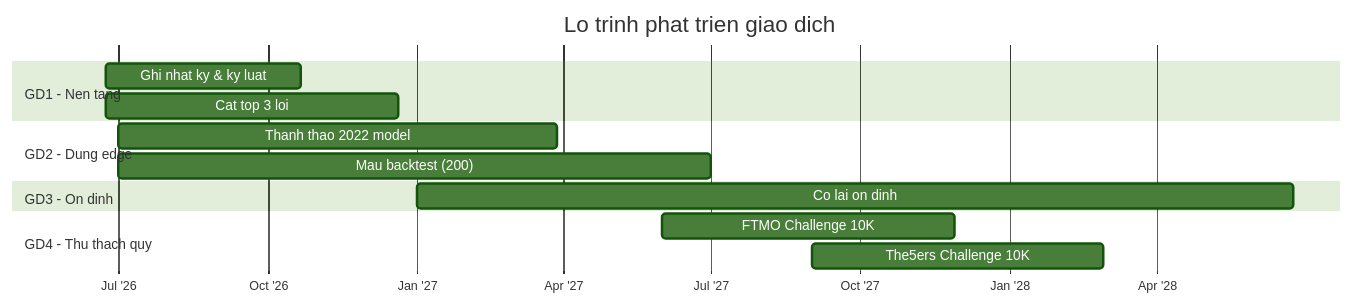
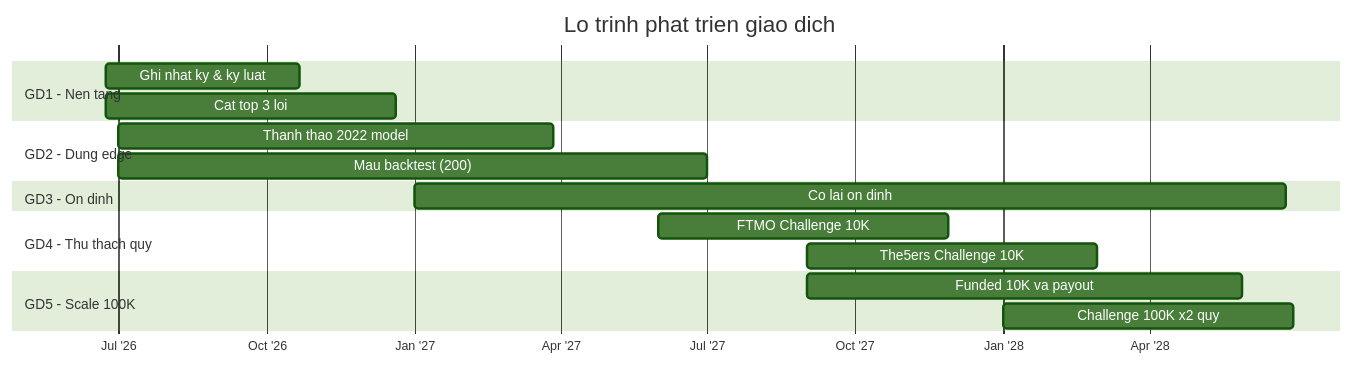
One commit to quockhangluong1012/trading-journal-notes changed the diagram in 09 - Goal Tracking/01 - Roadmap.md. Above: the diagram before and after it, drawn with Mermaid (forest theme). The commit also changed other lines of this file and 27 other files, not shown here.

First line of the commit message:
Add detailed roadmap for achieving funded trading accounts and long-term goals

````diff
--- a/09 - Goal Tracking/01 - Roadmap.md
+++ b/09 - Goal Tracking/01 - Roadmap.md
@@ -77,17 +92,20 @@
 ```mermaid
 gantt
     title Lo trinh phat trien giao dich
     dateFormat YYYY-MM-DD
     axisFormat %b '%y
     section GD1 - Nen tang
     Ghi nhat ky & ky luat   :a1, 2026-06-23, 120d
     Cat top 3 loi           :a2, 2026-06-23, 180d
     section GD2 - Dung edge
     Thanh thao 2022 model   :b1, 2026-07-01, 270d
     Mau backtest (200)      :b2, 2026-07-01, 365d
     section GD3 - On dinh
     Co lai on dinh          :c1, 2027-01-01, 540d
     section GD4 - Thu thach quy
     FTMO Challenge 10K      :d1, 2027-06-01, 180d
     The5ers Challenge 10K   :d2, 2027-09-01, 180d
+    section GD5 - Scale 100K
+    Funded 10K va payout    :e1, 2027-09-01, 270d
+    Challenge 100K x2 quy   :e2, 2028-01-01, 180d
 ```
````
